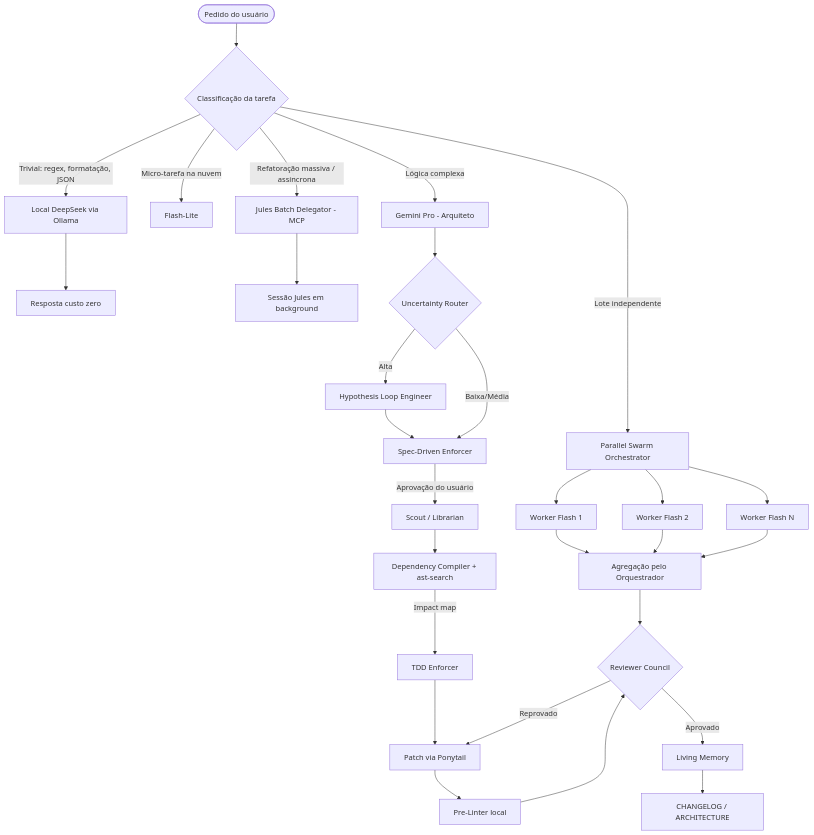
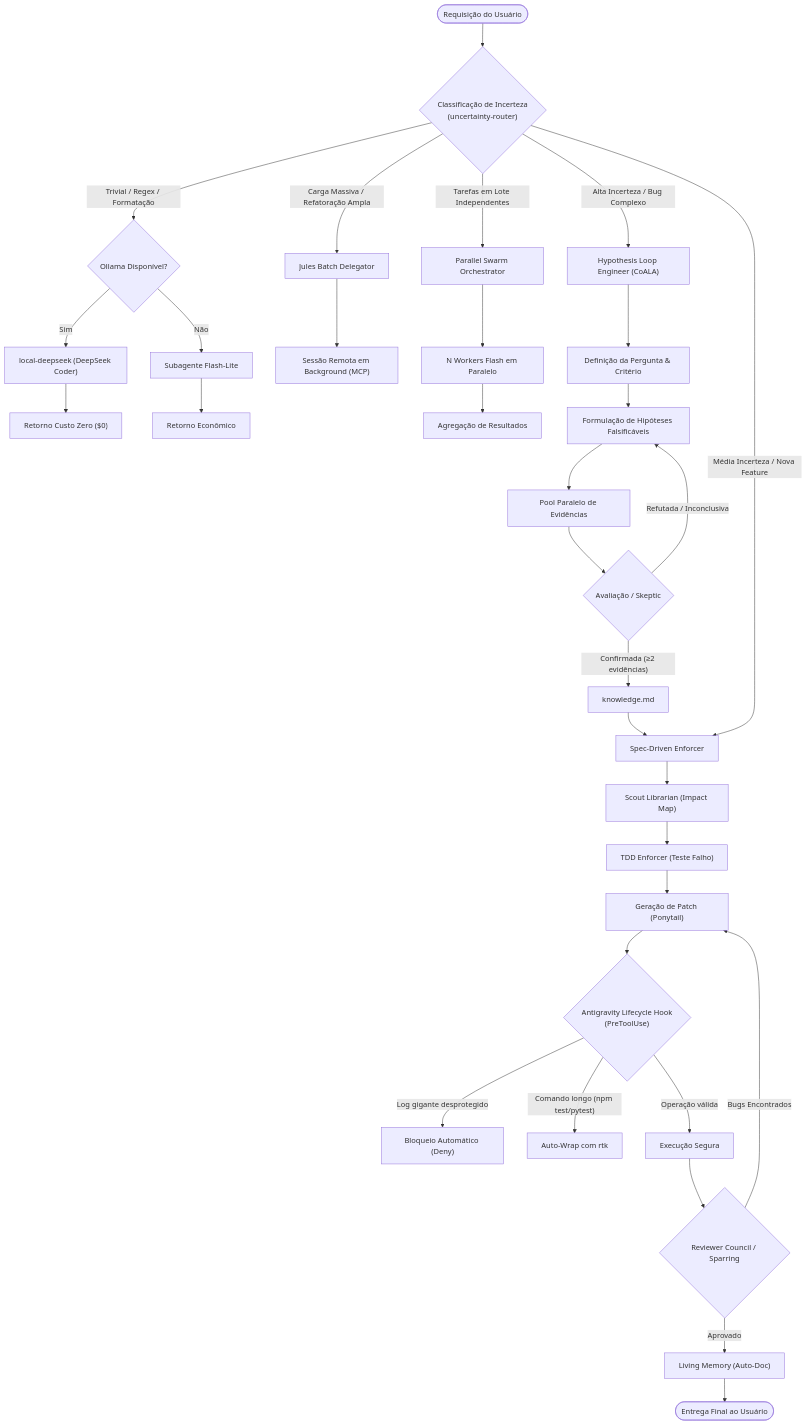
The first of 4 diagrams in README.md (Helfstein-one/event-horizon-skill), drawn with Mermaid before and after one commit. The commit also changed other lines of this file, not shown here.

Commit message:
docs: comprehensive rewrite of README with all architectural patterns, hooks, and mermaids

````diff
--- a/README.md
+++ b/README.md
@@ -86,36 +97,44 @@
 ```mermaid
 flowchart TD
-    User(["Pedido do usuário"]) --> Router{"Classificação da tarefa"}
+    Start(["Requisição do Usuário"]) --> UR{"Classificação de Incerteza<br/>(uncertainty-router)"}
 
-    Router -- "Trivial: regex, formatação, JSON" --> Local["Local DeepSeek via Ollama"]
-    Local --> Out1["Resposta custo zero"]
+    %% Caminho Baixa Incerteza / Local
+    UR -- "Trivial / Regex / Formatação" --> Loc{"Ollama Disponível?"}
+    Loc -- Sim --> OLL["local-deepseek (DeepSeek Coder)"] --> OutLoc["Retorno Custo Zero ($0)"]
+    Loc -- Não --> FL["Subagente Flash-Lite"] --> OutFL["Retorno Econômico"]
 
-    Router -- "Micro-tarefa na nuvem" --> Lite["Flash-Lite"]
+    %% Caminho Carga Pesada / Lote
+    UR -- "Carga Massiva / Refatoração Ampla" --> MCP["Jules Batch Delegator"]
+    MCP --> JulesSess["Sessão Remota em Background (MCP)"]
 
-    Router -- "Refatoração massiva / assíncrona" --> Jules["Jules Batch Delegator - MCP"]
-    Jules --> BG["Sessão Jules em background"]
+    %% Caminho Lote Paralelizável
+    UR -- "Tarefas em Lote Independentes" --> Swarm["Parallel Swarm Orchestrator"]
+    Swarm --> Wk["N Workers Flash em Paralelo"] --> Agg["Agregação de Resultados"]
 
-    Router -- "Lote independente" --> Swarm["Parallel Swarm Orchestrator"]
-    Swarm --> W1["Worker Flash 1"]
-    Swarm --> W2["Worker Flash 2"]
-    Swarm --> W3["Worker Flash N"]
-    W1 --> Agg["Agregação pelo Orquestrador"]
-    W2 --> Agg
-    W3 --> Agg
+    %% Caminho Alta Incerteza
+    UR -- "Alta Incerteza / Bug Complexo" --> HL["Hypothesis Loop Engineer (CoALA)"]
+    HL --> Frame["Definição da Pergunta & Critério"]
+    Frame --> Hyp["Formulação de Hipóteses Falsificáveis"]
+    Hyp --> Pool["Pool Paralelo de Evidências"]
+    Pool --> Eval{"Avaliação / Skeptic"}
+    Eval -- "Refutada / Inconclusiva" --> Hyp
+    Eval -- "Confirmada (≥2 evidências)" --> Kn["knowledge.md"]
+    Kn --> SDD
 
-    Router -- "Lógica complexa" --> Pro["Gemini Pro - Arquiteto"]
-    Pro --> UR{"Uncertainty Router"}
-    UR -- "Alta" --> HL["Hypothesis Loop Engineer"]
-    HL --> SDD
-    UR -- "Baixa/Média" --> SDD["Spec-Driven Enforcer"]
-    SDD -->|"Aprovação do usuário"| Scout["Scout / Librarian"]
-    Scout --> AST["Dependency Compiler + ast-search"]
-    AST -->|"Impact map"| TDD["TDD Enforcer"]
-    TDD --> Code["Patch via Ponytail"]
-    Code --> Lint["Pre-Linter local"]
-    Lint --> Council{"Reviewer Council"}
-    Council -- "Reprovado" --> Code
-    Council -- "Aprovado" --> Mem["Living Memory"]
-    Agg --> Council
-    Mem --> Doc["CHANGELOG / ARCHITECTURE"]
+    %% Caminho Implementação
+    UR -- "Média Incerteza / Nova Feature" --> SDD["Spec-Driven Enforcer"]
+    SDD --> Scout["Scout Librarian (Impact Map)"]
+    Scout --> TDD["TDD Enforcer (Teste Falho)"]
+    TDD --> Code["Geração de Patch (Ponytail)"]
+
+    %% Camada de Governança
+    Code --> HK{"Antigravity Lifecycle Hook<br/>(PreToolUse)"}
+    HK -- "Log gigante desprotegido" --> Deny["Bloqueio Automático (Deny)"]
+    HK -- "Comando longo (npm test/pytest)" --> Rewr["Auto-Wrap com rtk"]
+    HK -- "Operação válida" --> Run["Execução Segura"]
+
+    Run --> Rev{"Reviewer Council / Sparring"}
+    Rev -- "Bugs Encontrados" --> Code
+    Rev -- "Aprovado" --> Mem["Living Memory (Auto-Doc)"]
+    Mem --> End(["Entrega Final ao Usuário"])
 ```
````
